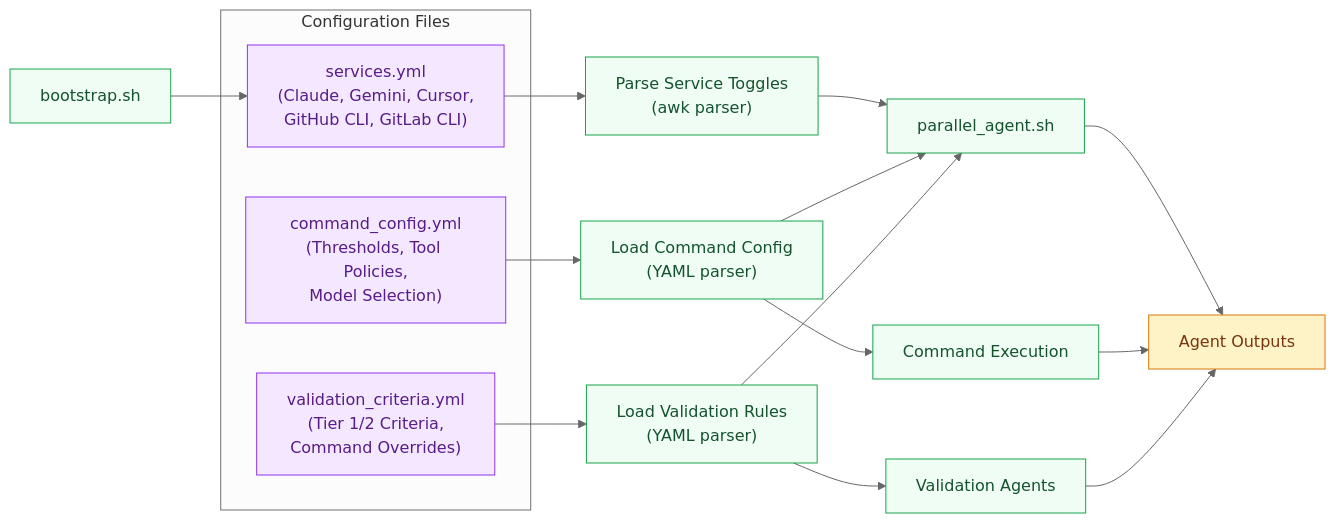
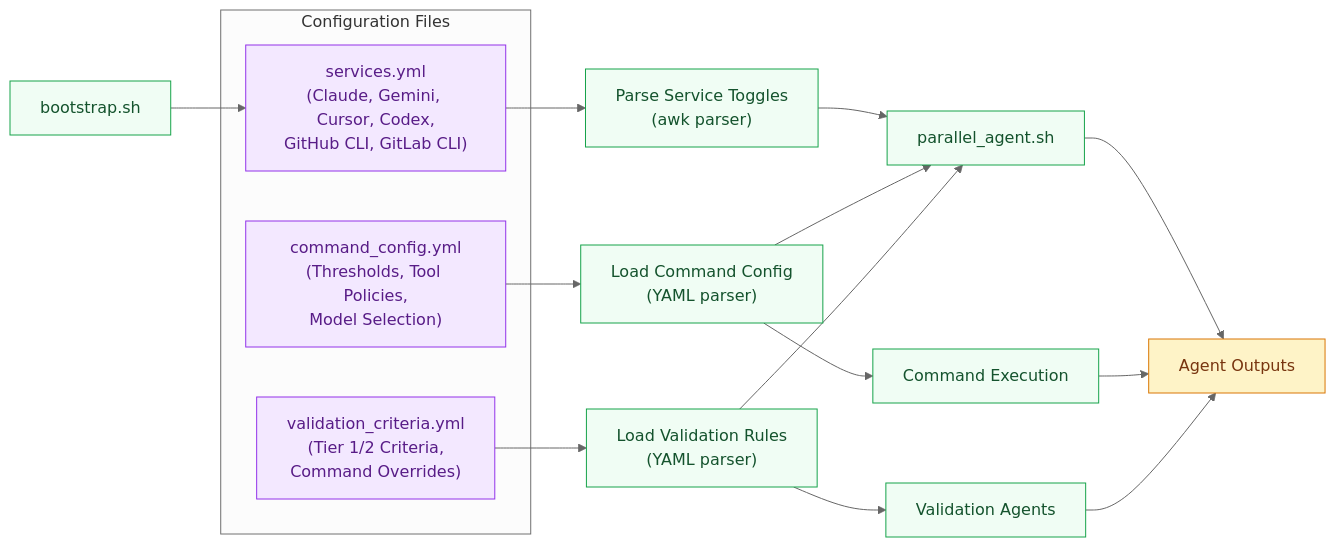
The ninth of 13 diagrams in docs/ARCHITECTURE_DIAGRAMS.md (RB-chrismandich/Manifest), drawn with Mermaid before and after one commit. The commit also changed other lines of this file and 8 other files, not shown here.

````diff
--- a/docs/ARCHITECTURE_DIAGRAMS.md
+++ b/docs/ARCHITECTURE_DIAGRAMS.md
@@ -764,39 +786,39 @@
 ```mermaid
 %%{init: {'theme':'neutral'}}%%
 flowchart LR
     classDef config fill:#f3e8ff,stroke:#9333ea,color:#581c87
     classDef process fill:#f0fdf4,stroke:#16a34a,color:#14532d
     classDef output fill:#fef3c7,stroke:#d97706,color:#78350f
 
     BOOTSTRAP["bootstrap.sh"]:::process
 
     subgraph "Configuration Files"
-        SERVICES["services.yml<br/>(Claude, Gemini, Cursor,<br/>GitHub CLI, GitLab CLI)"]:::config
+        SERVICES["services.yml<br/>(Claude, Gemini, Cursor, Codex,<br/>GitHub CLI, GitLab CLI)"]:::config
         COMMAND_CFG["command_config.yml<br/>(Thresholds, Tool Policies,<br/>Model Selection)"]:::config
         VALIDATION["validation_criteria.yml<br/>(Tier 1/2 Criteria,<br/>Command Overrides)"]:::config
     end
 
     PARSE_SERVICES["Parse Service Toggles<br/>(awk parser)"]:::process
     PARSE_COMMAND["Load Command Config<br/>(YAML parser)"]:::process
     PARSE_VALID["Load Validation Rules<br/>(YAML parser)"]:::process
 
     PARALLEL["parallel_agent.sh"]:::process
     COMMANDS["Command Execution"]:::process
     VALIDATORS["Validation Agents"]:::process
 
     BOOTSTRAP --> SERVICES
     SERVICES --> PARSE_SERVICES
     PARSE_SERVICES --> PARALLEL
 
     COMMAND_CFG --> PARSE_COMMAND
     PARSE_COMMAND --> PARALLEL
     PARSE_COMMAND --> COMMANDS
 
     VALIDATION --> PARSE_VALID
     PARSE_VALID --> VALIDATORS
     PARSE_VALID --> PARALLEL
 
     PARALLEL --> RESULT["Agent Outputs"]:::output
     COMMANDS --> RESULT
     VALIDATORS --> RESULT
 ```
````
